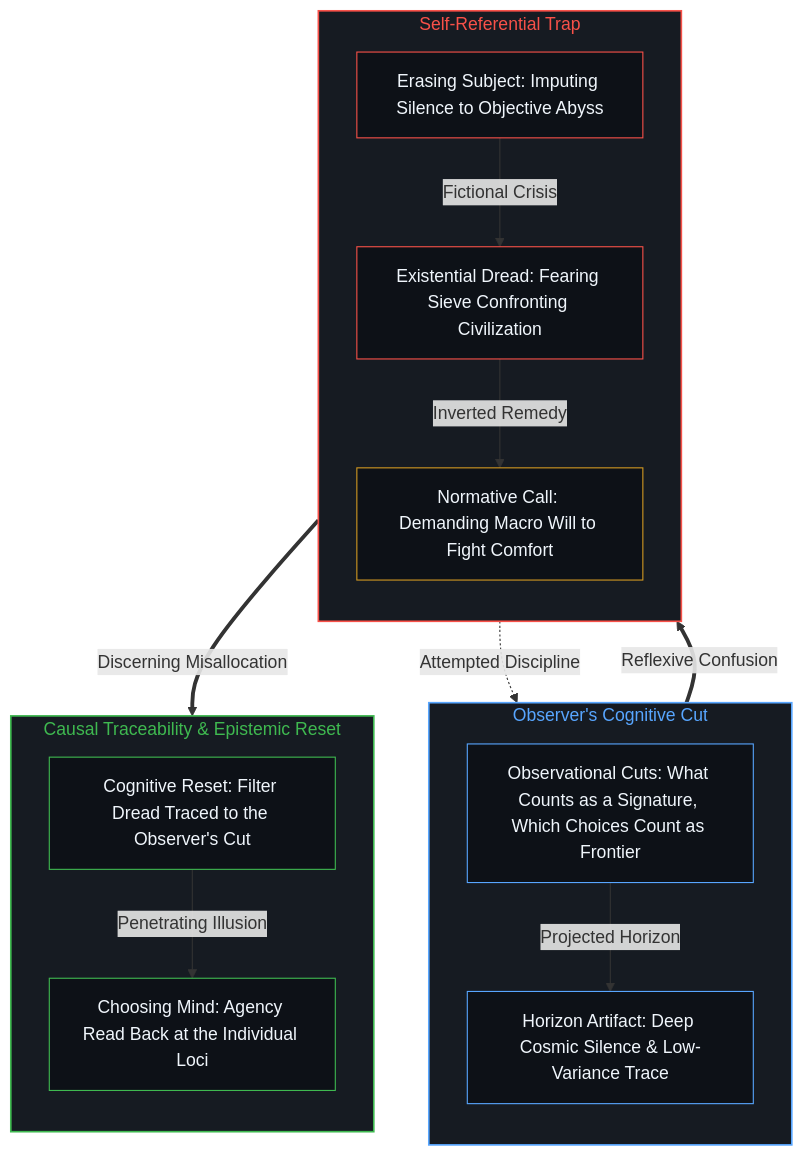
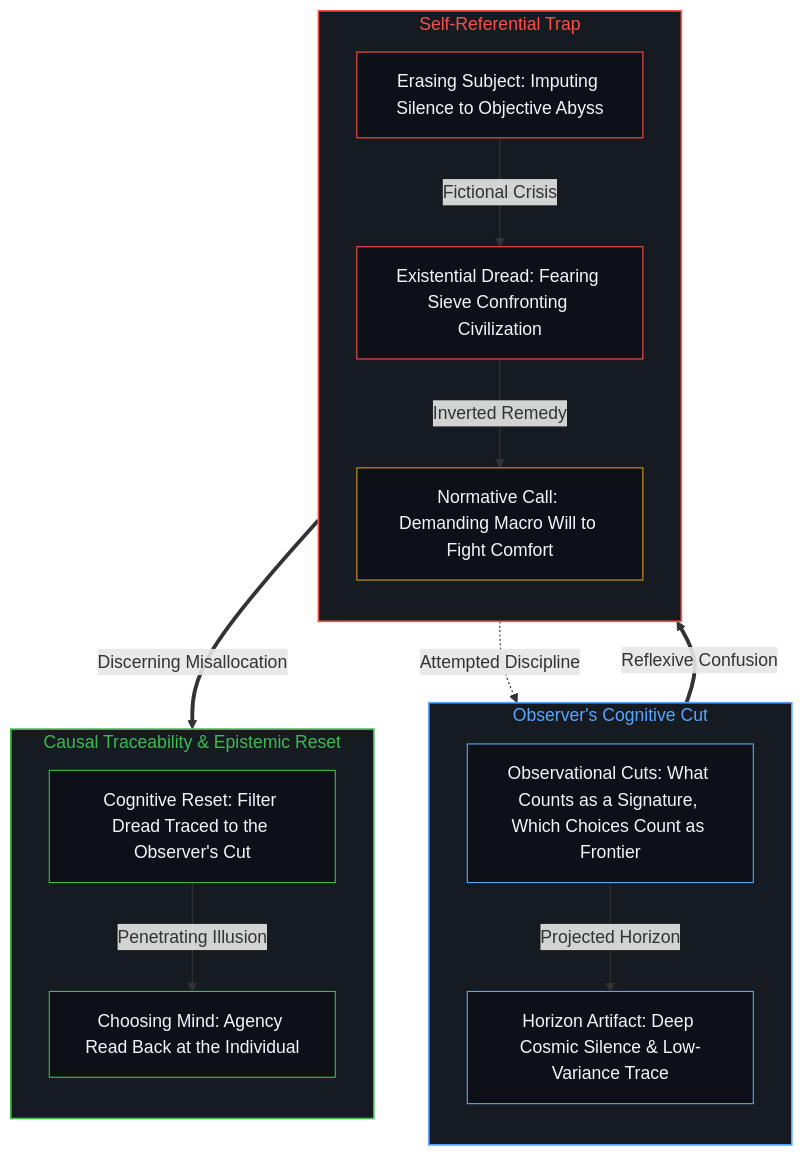
The fourth of 6 diagrams in content/posts/the-fermi-paradox-reified-agency-and-the-great-filter.md (powerpig99/not-a-toe), drawn with Mermaid before and after one commit. The commit also changed other lines of this file and 2 other files, not shown here.

Commit message:
Deep Sleep Batch 12: consolidate the-fermi-paradox-reified-agency-and-the-great-filter & the-substrate-of-constraint-and-the-self-denial-of-freedom

````diff
--- a/content/posts/the-fermi-paradox-reified-agency-and-the-great-filter.md
+++ b/content/posts/the-fermi-paradox-reified-agency-and-the-great-filter.md
@@ -166,42 +148,36 @@
 ```mermaid
 flowchart TD
     subgraph S_Cut ["Observer's Cognitive Cut"]
         direction TB
         CUT["Observational Cuts: What Counts as a Signature, Which Choices Count as Frontier"]
         SIL["Horizon Artifact: Deep Cosmic Silence & Low-Variance Trace"]
     end
-
     subgraph S_Trap ["Self-Referential Trap"]
         direction TB
         ERASE["Erasing Subject: Imputing Silence to Objective Abyss"]
         DREAD["Existential Dread: Fearing Sieve Confronting Civilization"]
         MORAL["Normative Call: Demanding Macro Will to Fight Comfort"]
     end
-
     subgraph S_Ground ["Causal Traceability & Epistemic Reset"]
         direction TB
         REC["Cognitive Reset: Filter Dread Traced to the Observer's Cut"]
-        MIND["Choosing Mind: Agency Read Back at the Individual Loci"]
+        MIND["Choosing Mind: Agency Read Back at the Individual"]
     end
-
     CUT -->|"Projected Horizon"| SIL
     SIL ==>|"Reflexive Confusion"| ERASE
     ERASE -->|"Fictional Crisis"| DREAD
     DREAD -->|"Inverted Remedy"| MORAL
     MORAL -.->|"Attempted Discipline"| CUT
-
     DREAD ==>|"Discerning Misallocation"| REC
     REC -->|"Penetrating Illusion"| MIND
-
     style S_Cut fill:#161b22,stroke:#58a6ff,stroke-width:1.5px,color:#58a6ff
     style S_Trap fill:#161b22,stroke:#f85149,stroke-width:1.5px,color:#f85149
     style S_Ground fill:#161b22,stroke:#3fb950,stroke-width:1.5px,color:#3fb950
-
     style CUT fill:#0d1117,stroke:#58a6ff,stroke-width:1px,color:#f0f6fc
     style SIL fill:#0d1117,stroke:#58a6ff,stroke-width:1px,color:#f0f6fc
     style ERASE fill:#0d1117,stroke:#f85149,stroke-width:1px,color:#f0f6fc
     style DREAD fill:#0d1117,stroke:#f85149,stroke-width:1px,color:#f0f6fc
     style MORAL fill:#0d1117,stroke:#d29922,stroke-width:1px,color:#f0f6fc
     style REC fill:#0d1117,stroke:#3fb950,stroke-width:1px,color:#f0f6fc
     style MIND fill:#0d1117,stroke:#3fb950,stroke-width:1px,color:#f0f6fc
 ```
````
